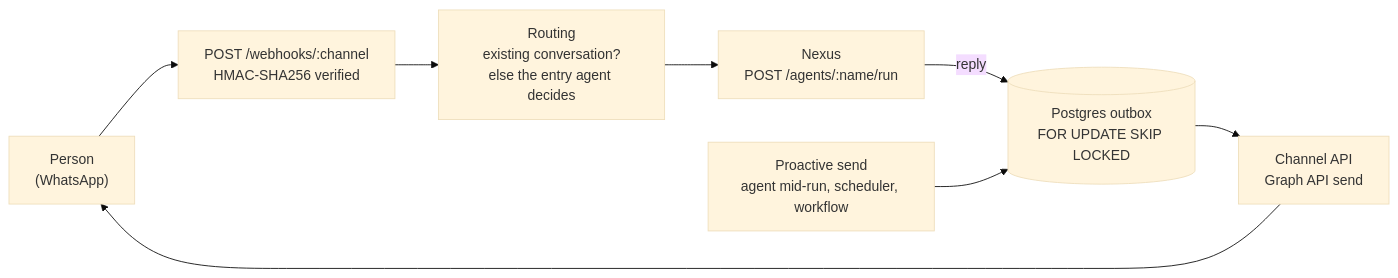
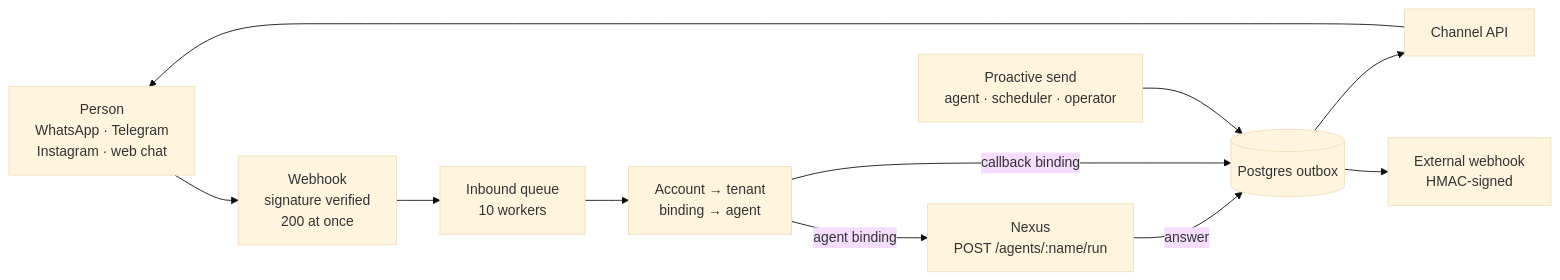
Before and after one commit to monaccode/astromesh: the first of 2 diagrams in docs-site/src/content/docs/herald/introduction.mdx, drawn with Mermaid (base theme). The commit also changed other lines of this file and 13 other files, not shown here.

````diff
--- a/docs-site/src/content/docs/herald/introduction.mdx
+++ b/docs-site/src/content/docs/herald/introduction.mdx
@@ -36,14 +44,18 @@
 ```mermaid
 flowchart LR
-    person["Person<br/>(WhatsApp)"]
-    hook["POST /webhooks/:channel<br/>HMAC-SHA256 verified"]
-    route["Routing<br/>existing conversation?<br/>else the entry agent decides"]
+    person["Person<br/>WhatsApp · Telegram<br/>Instagram · web chat"]
+    hook["Webhook<br/>signature verified<br/>200 at once"]
+    queue["Inbound queue<br/>10 workers"]
+    route["Account → tenant<br/>binding → agent"]
     nexus["Nexus<br/>POST /agents/:name/run"]
-    outbox[("Postgres outbox<br/>FOR UPDATE SKIP LOCKED")]
-    send["Channel API<br/>Graph API send"]
+    outbox[("Postgres outbox")]
+    send["Channel API"]
+    ext["External webhook<br/>HMAC-signed"]
 
-    person --> hook --> route --> nexus
-    nexus -- "reply" --> outbox
+    person --> hook --> queue --> route
+    route -- "agent binding" --> nexus -- "answer" --> outbox
+    route -- "callback binding" --> outbox
     outbox --> send --> person
-    proactive["Proactive send<br/>agent mid-run, scheduler, workflow"] --> outbox
+    outbox --> ext
+    proactive["Proactive send<br/>agent · scheduler · operator"] --> outbox
 ```
````
